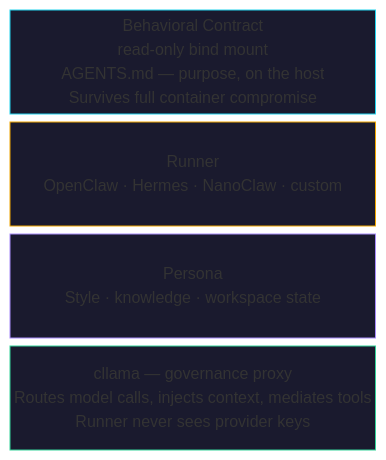
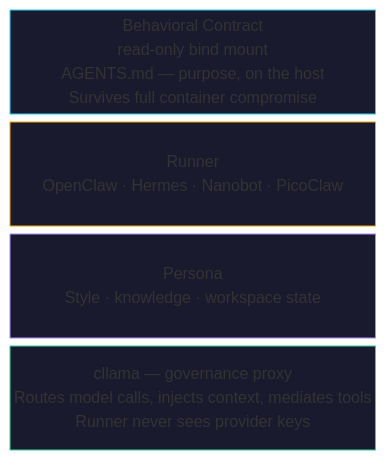
The diagram in site/guide/anatomy.md (mostlydev/clawdapus), drawn with Mermaid before and after one commit. The commit also changed 23 other files, not shown here.

````diff
--- a/site/guide/anatomy.md
+++ b/site/guide/anatomy.md
@@ -5,13 +5,13 @@
 ```mermaid
 block-beta
   columns 1
   contract["Behavioral Contract\nread-only bind mount\nAGENTS.md — purpose, on the host\nSurvives full container compromise"]
-  runner["Runner\nOpenClaw · Hermes · NanoClaw · custom"]
+  runner["Runner\nOpenClaw · Hermes · Nanobot · PicoClaw"]
   persona["Persona\nStyle · knowledge · workspace state"]
   proxy["cllama — governance proxy\nRoutes model calls, injects context, mediates tools\nRunner never sees provider keys"]
 
   style contract fill:#1a1a2e,stroke:#22d3ee,color:#eee
   style runner fill:#1a1a2e,stroke:#f0a500,color:#eee
   style persona fill:#1a1a2e,stroke:#a78bfa,color:#eee
   style proxy fill:#1a1a2e,stroke:#34d399,color:#eee
 ```
````
